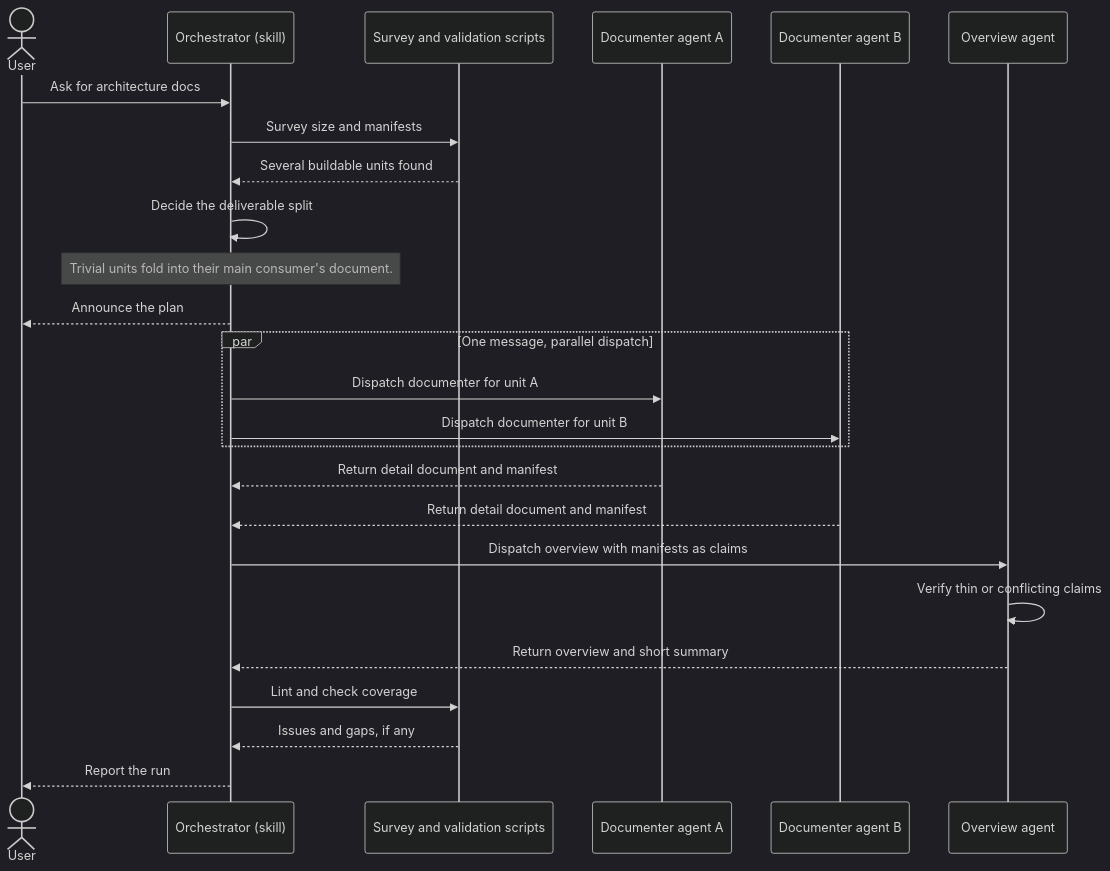
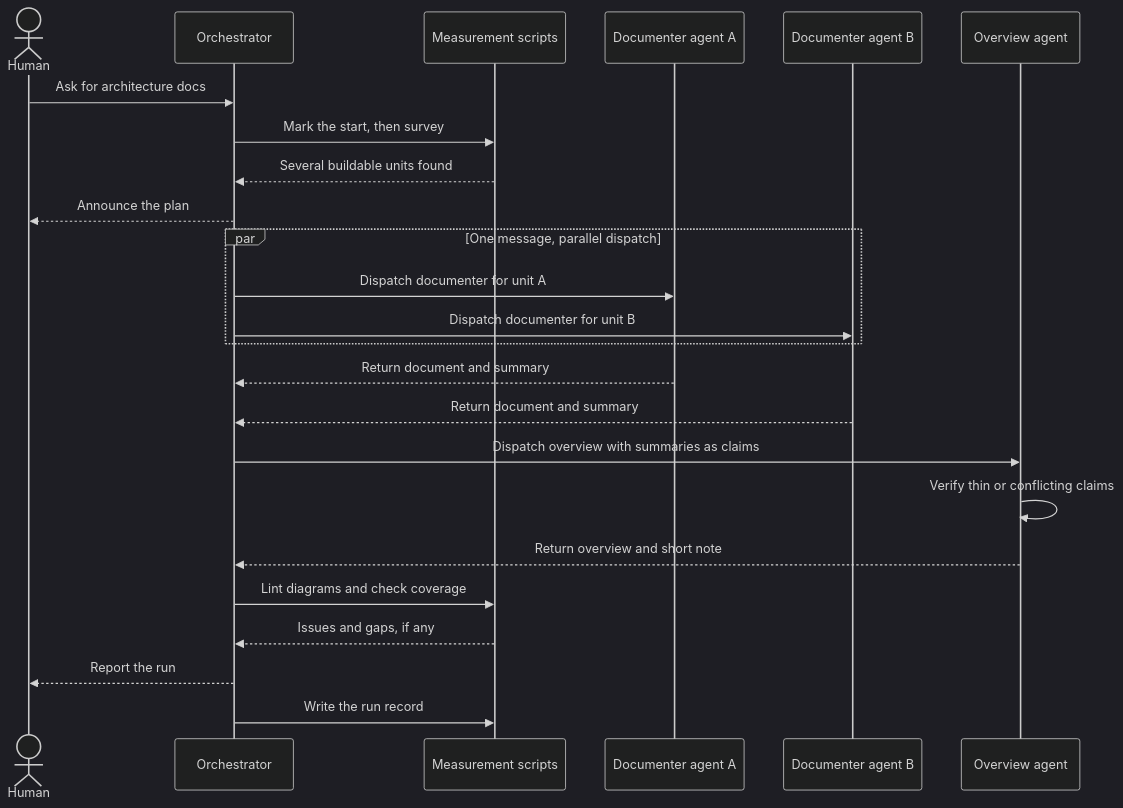
Before and after one commit to peterlit/quiller-claude-plugins: the seventh of 16 diagrams in docs/architecture/arch-docs-tools.md, drawn with Mermaid (dark theme). The commit also changed other lines of this file and 5 other files, not shown here.

````diff
--- a/docs/architecture/arch-docs-tools.md
+++ b/docs/architecture/arch-docs-tools.md
@@ -358,28 +704,27 @@
 ```mermaid
 sequenceDiagram
-  actor User
-  participant Orch as Orchestrator (skill)
-  participant Scripts as Survey and validation scripts
+  actor Human
+  participant Orch as Orchestrator
+  participant Scripts as Measurement scripts
   participant DetA as Documenter agent A
   participant DetB as Documenter agent B
   participant Ovw as Overview agent
 
-  User->>Orch: Ask for architecture docs
-  Orch->>Scripts: Survey size and manifests
+  Human->>Orch: Ask for architecture docs
+  Orch->>Scripts: Mark the start, then survey
   Scripts-->>Orch: Several buildable units found
-  Orch->>Orch: Decide the deliverable split
-  Note over Orch: Trivial units fold into their main consumer's document.
-  Orch-->>User: Announce the plan
+  Orch-->>Human: Announce the plan
   par One message, parallel dispatch
     Orch->>DetA: Dispatch documenter for unit A
     Orch->>DetB: Dispatch documenter for unit B
   end
-  DetA-->>Orch: Return detail document and manifest
-  DetB-->>Orch: Return detail document and manifest
-  Orch->>Ovw: Dispatch overview with manifests as claims
+  DetA-->>Orch: Return document and summary
+  DetB-->>Orch: Return document and summary
+  Orch->>Ovw: Dispatch overview with summaries as claims
   Ovw->>Ovw: Verify thin or conflicting claims
-  Ovw-->>Orch: Return overview and short summary
-  Orch->>Scripts: Lint and check coverage
+  Ovw-->>Orch: Return overview and short note
+  Orch->>Scripts: Lint diagrams and check coverage
   Scripts-->>Orch: Issues and gaps, if any
-  Orch-->>User: Report the run
+  Orch-->>Human: Report the run
+  Orch->>Scripts: Write the run record
 ```
````
